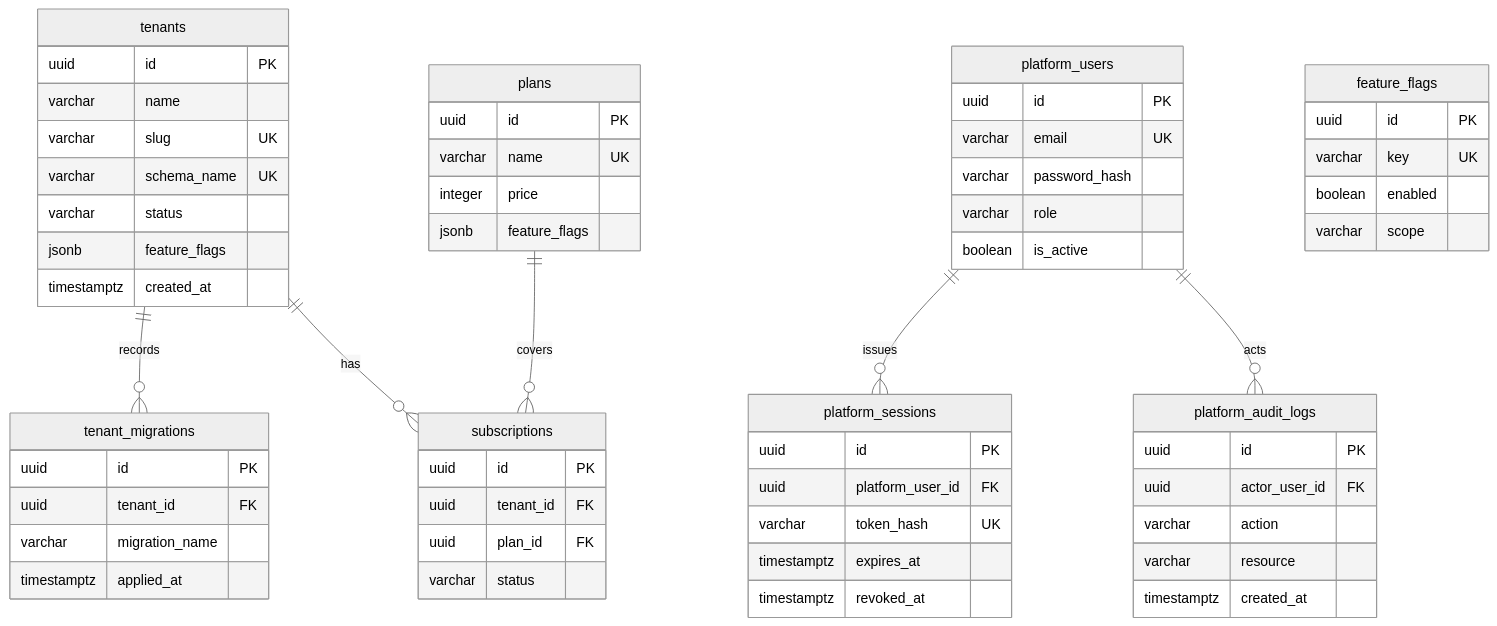
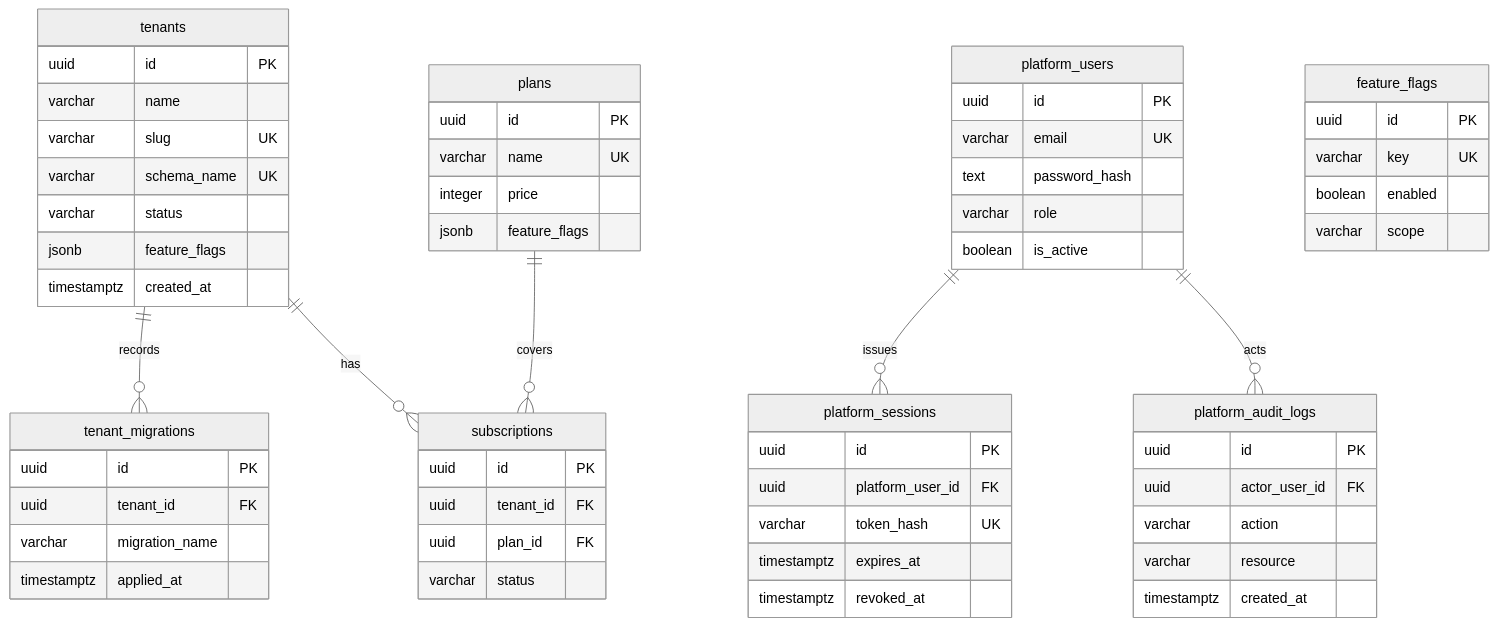
One commit to anandkona/Hippo_BuildX changed the first of 3 diagrams in docs/data-model.md. Above: the diagram before and after it, drawn with Mermaid (neutral theme). The commit also changed other lines of this file and 40 other files, not shown here.

````diff
--- a/docs/data-model.md
+++ b/docs/data-model.md
@@ -7,70 +7,70 @@
 ```mermaid
 erDiagram
   tenants ||--o{ tenant_migrations : records
   tenants ||--o{ subscriptions : has
   plans ||--o{ subscriptions : covers
   platform_users ||--o{ platform_sessions : issues
   platform_users ||--o{ platform_audit_logs : acts
 
   tenants {
     uuid id PK
     varchar name
     varchar slug UK
     varchar schema_name UK
     varchar status
     jsonb feature_flags
     timestamptz created_at
   }
 
   tenant_migrations {
     uuid id PK
     uuid tenant_id FK
     varchar migration_name
     timestamptz applied_at
   }
 
   platform_users {
     uuid id PK
     varchar email UK
-    varchar password_hash
+    text password_hash
     varchar role
     boolean is_active
   }
 
   platform_sessions {
     uuid id PK
     uuid platform_user_id FK
     varchar token_hash UK
     timestamptz expires_at
     timestamptz revoked_at
   }
 
   plans {
     uuid id PK
     varchar name UK
     integer price
     jsonb feature_flags
   }
 
   subscriptions {
     uuid id PK
     uuid tenant_id FK
     uuid plan_id FK
     varchar status
   }
 
   feature_flags {
     uuid id PK
     varchar key UK
     boolean enabled
     varchar scope
   }
 
   platform_audit_logs {
     uuid id PK
     uuid actor_user_id FK
     varchar action
     varchar resource
     timestamptz created_at
   }
 ```
````
